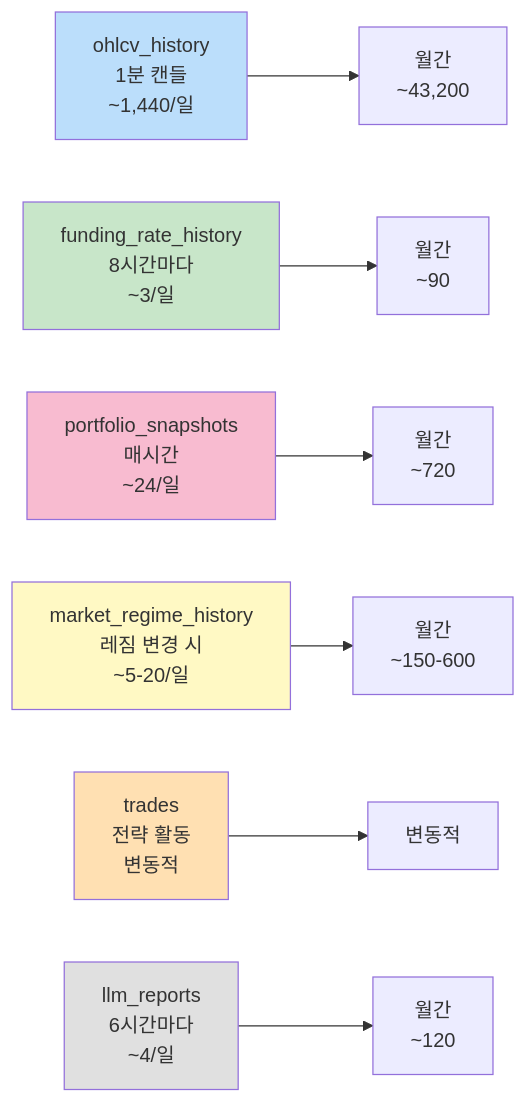
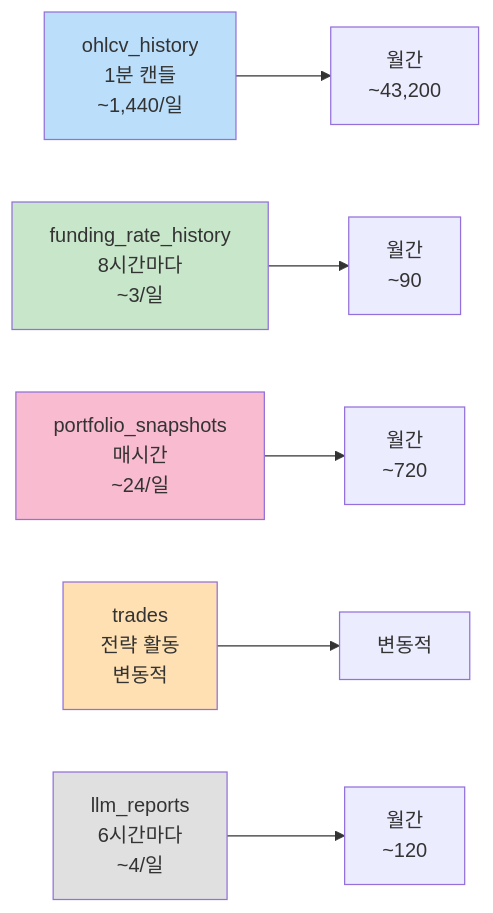
Before and after one commit to Justant-source/Bit-Mania: the fourth of 4 diagrams in docs/architecture/database-schema.md, drawn with Mermaid. The commit also changed other lines of this file and 5 other files, not shown here.

````diff
--- a/docs/architecture/database-schema.md
+++ b/docs/architecture/database-schema.md
@@ -999,16 +964,14 @@
 ```mermaid
 graph LR
     A["ohlcv_history<br>1분 캔들<br>~1,440/일"] --> B["월간<br>~43,200"]
     C["funding_rate_history<br>8시간마다<br>~3/일"] --> D["월간<br>~90"]
     E["portfolio_snapshots<br>매시간<br>~24/일"] --> F["월간<br>~720"]
-    G["market_regime_history<br>레짐 변경 시<br>~5-20/일"] --> H["월간<br>~150-600"]
     I["trades<br>전략 활동<br>변동적"] --> J["변동적"]
     K["llm_reports<br>6시간마다<br>~4/일"] --> L["월간<br>~120"]
     
     style A fill:#BBDEFB
     style C fill:#C8E6C9
     style E fill:#F8BBD0
-    style G fill:#FFF9C4
     style I fill:#FFE0B2
     style K fill:#E0E0E0
 ```
````
